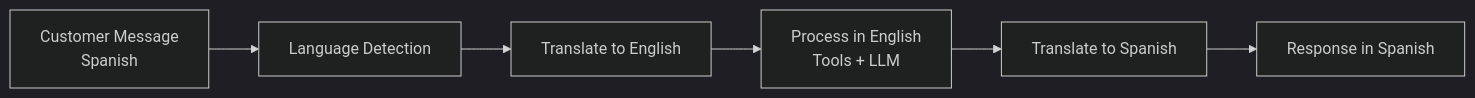
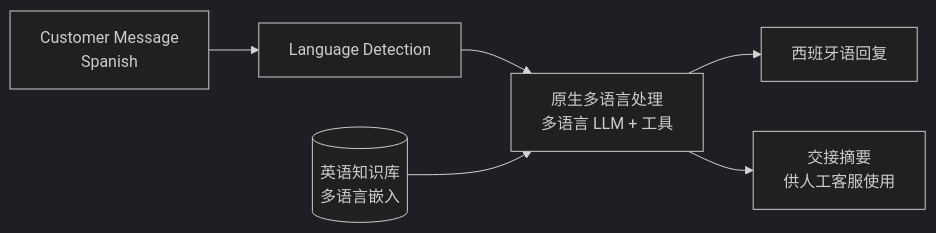
Before and after one commit to ChiHoc/ai-system-design-guide-zh: the third of 3 diagrams in 16-case-studies/09-customer-support-automation.md, drawn with Mermaid (dark theme). The commit also changed other lines of this file and 149 other files, not shown here.

````diff
--- a/16-case-studies/09-customer-support-automation.md
+++ b/16-case-studies/09-customer-support-automation.md
@@ -126,8 +128,8 @@
 ```mermaid
 flowchart LR
     INPUT[Customer Message<br/>Spanish] --> DETECT[Language Detection]
-    DETECT --> TRANSLATE_IN[Translate to English]
-    TRANSLATE_IN --> PROCESS[Process in English<br/>Tools + LLM]
-    PROCESS --> TRANSLATE_OUT[Translate to Spanish]
-    TRANSLATE_OUT --> RESPONSE[Response in Spanish]
+    DETECT --> PROCESS[原生多语言处理<br/>多语言 LLM + 工具]
+    KB[(英语知识库<br/>多语言嵌入)] --> PROCESS
+    PROCESS --> RESPONSE[西班牙语回复]
+    PROCESS --> HANDOFF[交接摘要<br/>供人工客服使用]
 ```
````
